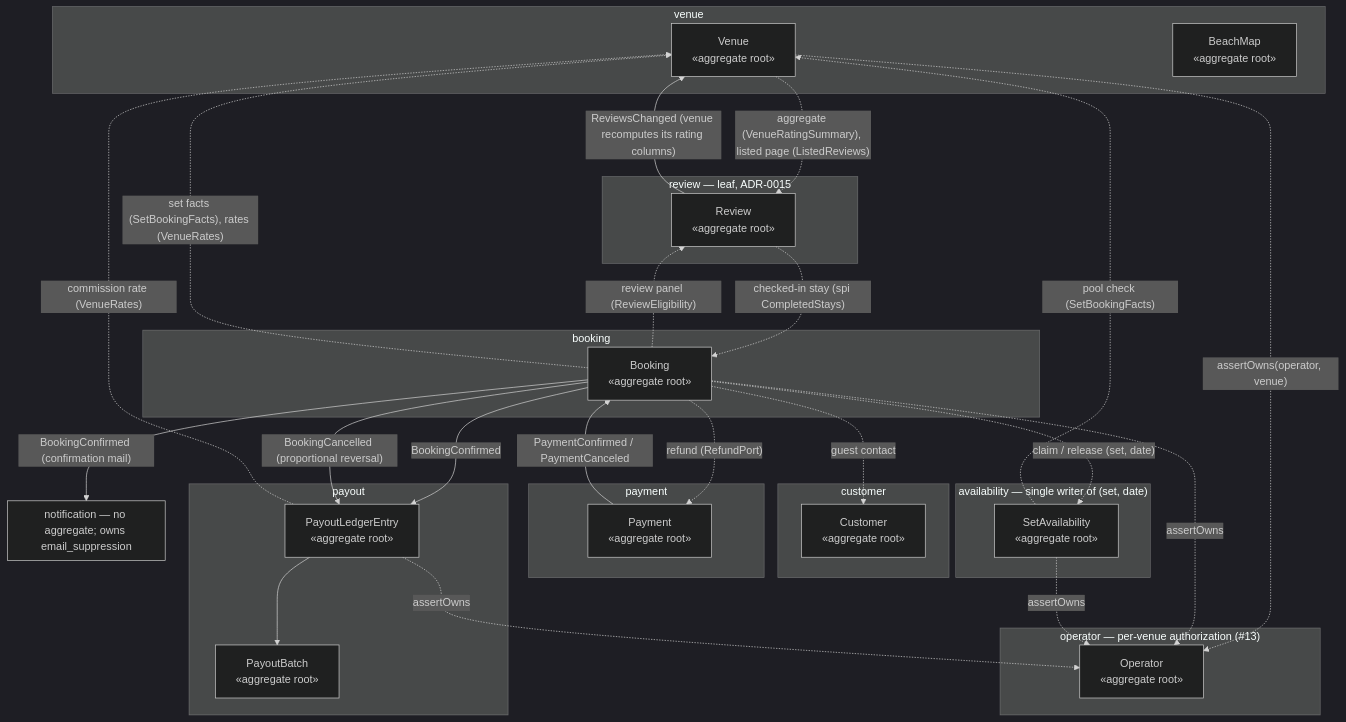
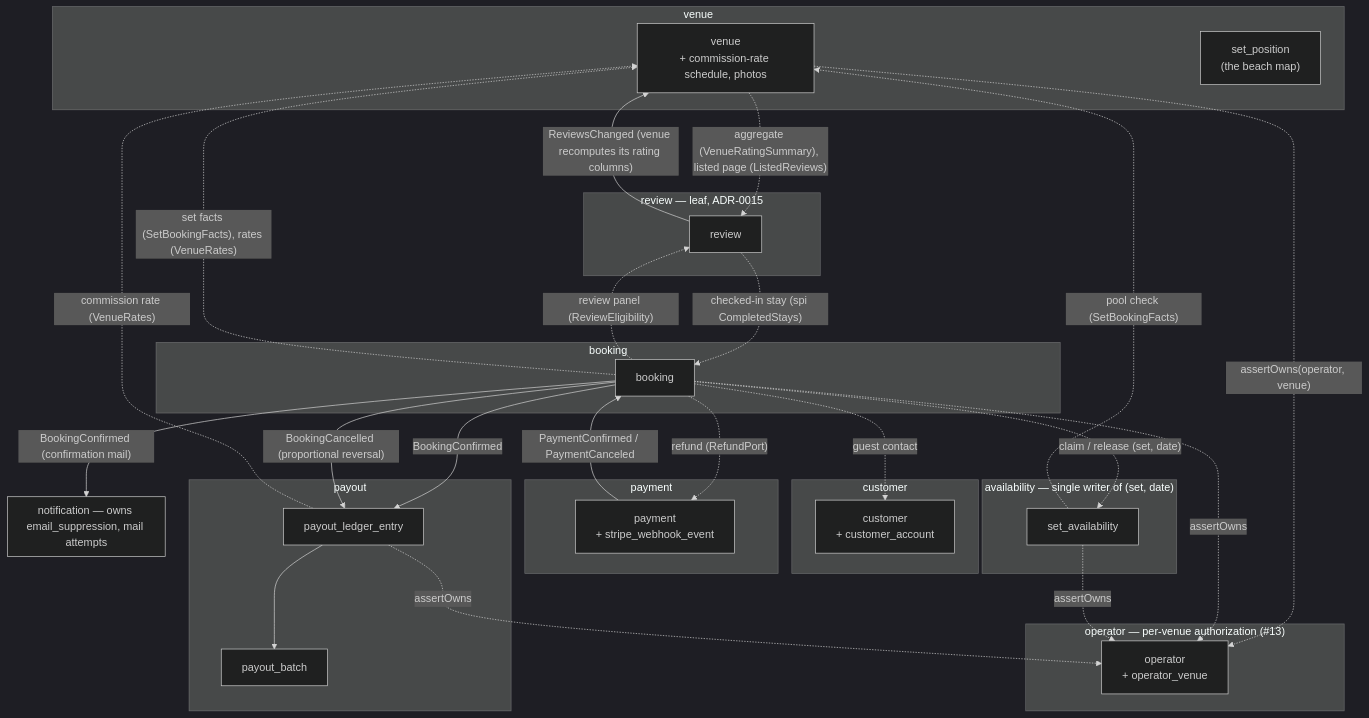
Before and after one commit to ivopogace/riviera-sunbed-booking: the first of 15 diagrams in docs/architecture/domain-model.md, drawn with Mermaid (dark theme). The commit also changed other lines of this file and 53 other files, not shown here.

````diff
--- a/docs/architecture/domain-model.md
+++ b/docs/architecture/domain-model.md
@@ -24,53 +35,53 @@
 ```mermaid
 graph TB
     subgraph customer["customer"]
-        CUST["Customer<br/>«aggregate root»"]
+        CUST["customer<br/>+ customer_account"]
     end
     subgraph venue["venue"]
-        VEN["Venue<br/>«aggregate root»"]
-        MAP["BeachMap<br/>«aggregate root»"]
+        VEN["venue<br/>+ commission-rate schedule, photos"]
+        MAP["set_position<br/>(the beach map)"]
     end
     subgraph availability["availability — single writer of (set, date)"]
-        AVAIL["SetAvailability<br/>«aggregate root»"]
+        AVAIL["set_availability"]
     end
     subgraph booking["booking"]
-        BOOK["Booking<br/>«aggregate root»"]
+        BOOK["booking"]
     end
     subgraph payment["payment"]
-        PAY["Payment<br/>«aggregate root»"]
+        PAY["payment<br/>+ stripe_webhook_event"]
     end
     subgraph payout["payout"]
-        LEDG["PayoutLedgerEntry<br/>«aggregate root»"]
-        BATCH["PayoutBatch<br/>«aggregate root»"]
+        LEDG["payout_ledger_entry"]
+        BATCH["payout_batch"]
     end
-    subgraph notification["notification — no aggregate; owns email_suppression"]
+    subgraph notification["notification — owns email_suppression, mail attempts"]
     end
 
     subgraph operator["operator — per-venue authorization (#13)"]
-        OP["Operator<br/>«aggregate root»"]
+        OP["operator<br/>+ operator_venue"]
     end
     subgraph review["review — leaf, ADR-0015"]
-        REV["Review<br/>«aggregate root»"]
+        REV["review"]
     end
 
     PAY -- "PaymentConfirmed / PaymentCanceled" --> BOOK
     BOOK -- "BookingConfirmed" --> LEDG
     BOOK -- "BookingConfirmed (confirmation mail)" --> notification
     BOOK -- "BookingCancelled (proportional reversal)" --> LEDG
     REV -- "ReviewsChanged (venue recomputes its rating columns)" --> VEN
     VEN -. "aggregate (VenueRatingSummary), listed page (ListedReviews)" .-> REV
     BOOK -. "review panel (ReviewEligibility)" .-> REV
     REV -. "checked-in stay (spi CompletedStays)" .-> BOOK
 
     BOOK -. "claim / release (set, date)" .-> AVAIL
     BOOK -. "refund (RefundPort)" .-> PAY
     BOOK -. "set facts (SetBookingFacts), rates (VenueRates)" .-> VEN
     BOOK -. "guest contact" .-> CUST
     AVAIL -. "pool check (SetBookingFacts)" .-> VEN
     LEDG -. "commission rate (VenueRates)" .-> VEN
     VEN -. "assertOwns(operator, venue)" .-> OP
     BOOK -. "assertOwns" .-> OP
     AVAIL -. "assertOwns" .-> OP
     LEDG -. "assertOwns" .-> OP
     LEDG --> BATCH
 ```
````
